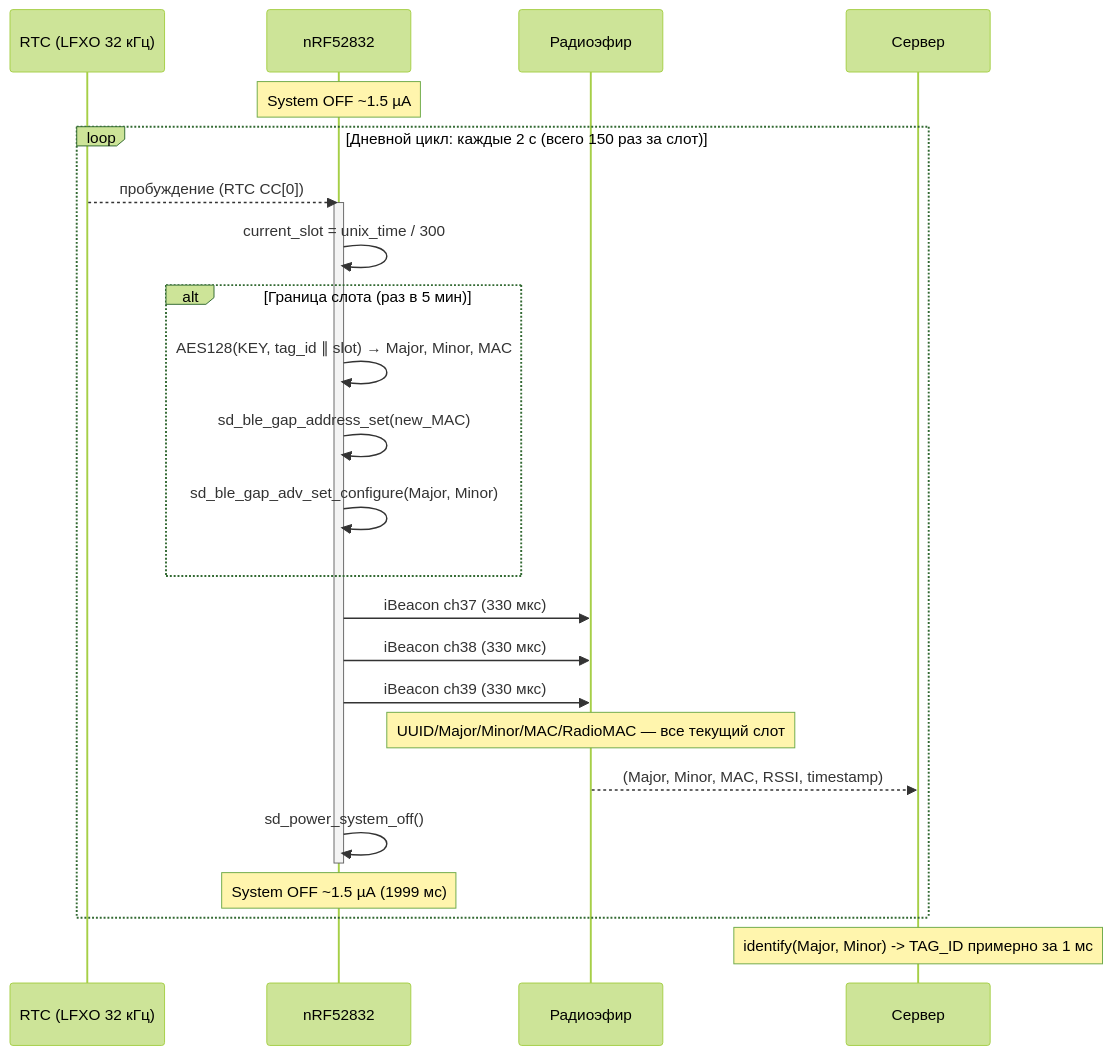
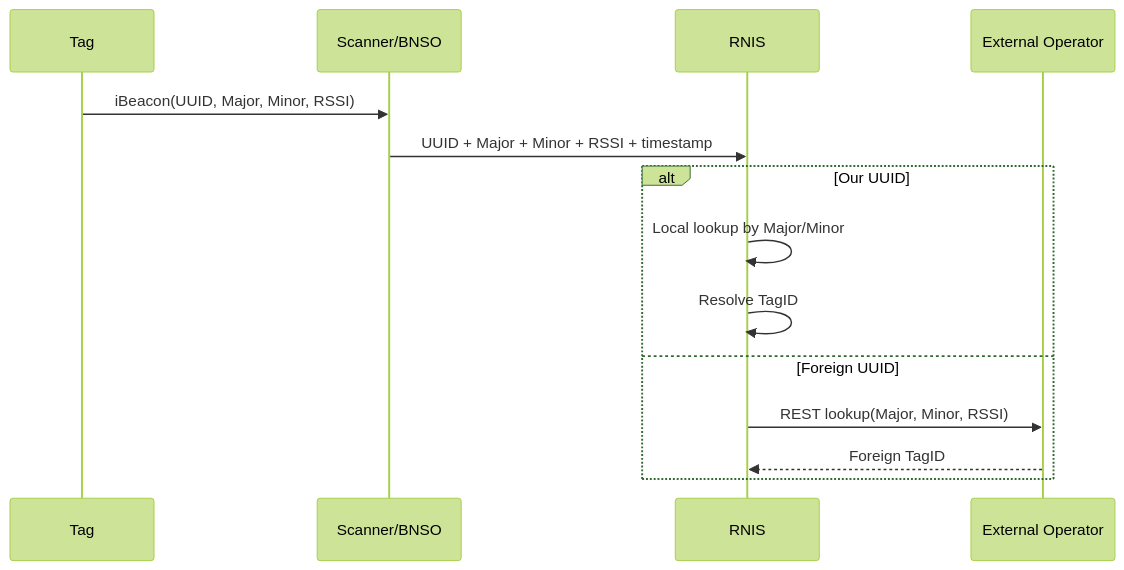
The diagram in docs/protocol.md (sayr777/dynamic-iBeacon), drawn with Mermaid (forest theme) before and after one commit. The commit also changed other lines of this file and 58 other files, not shown here.

First line of the commit message:
feat: Android BLE scanner app + enclosure catalog AK-45 / AK-W-42

````diff
--- a/docs/protocol.md
+++ b/docs/protocol.md
@@ -98,37 +77,18 @@
 ```mermaid
 sequenceDiagram
-    participant RTC  as RTC (LFXO 32 кГц)
-    participant MCU  as nRF52832
-    participant AIR  as Радиоэфир
-    participant SRV  as Сервер
+    participant TAG as Tag
+    participant SCN as Scanner/BNSO
+    participant RNIS as RNIS
+    participant EXT as External Operator
 
-    Note over MCU: System OFF ~1.5 µА
+    TAG->>SCN: iBeacon(UUID, Major, Minor, RSSI)
+    SCN->>RNIS: UUID + Major + Minor + RSSI + timestamp
 
-    loop Дневной цикл: каждые 2 с (всего 150 раз за слот)
-
-        RTC  -->> MCU  : пробуждение (RTC CC[0])
-        activate MCU
-
-        MCU  ->>  MCU  : current_slot = unix_time / 300
-
-        alt Граница слота (раз в 5 мин)
-            MCU  ->>  MCU  : AES128(KEY, tag_id ∥ slot) → Major, Minor, MAC
-            MCU  ->>  MCU  : sd_ble_gap_address_set(new_MAC)
-            MCU  ->>  MCU  : sd_ble_gap_adv_set_configure(Major, Minor)
-        end
-
-        MCU  ->>  AIR  : iBeacon ch37 (330 мкс)
-        MCU  ->>  AIR  : iBeacon ch38 (330 мкс)
-        MCU  ->>  AIR  : iBeacon ch39 (330 мкс)
-        Note over AIR  : UUID/Major/Minor/MAC/RadioMAC — все текущий слот
-
-        AIR  -->> SRV  : (Major, Minor, MAC, RSSI, timestamp)
-
-        MCU  ->>  MCU  : sd_power_system_off()
-        deactivate MCU
-
-        Note over MCU: System OFF ~1.5 µА (1999 мс)
+    alt Our UUID
+        RNIS->>RNIS: Local lookup by Major/Minor
+        RNIS->>RNIS: Resolve TagID
+    else Foreign UUID
+        RNIS->>EXT: REST lookup(Major, Minor, RSSI)
+        EXT-->>RNIS: Foreign TagID
     end
-
-    Note over SRV: identify(Major, Minor) -> TAG_ID примерно за 1 мс
 ```
````
